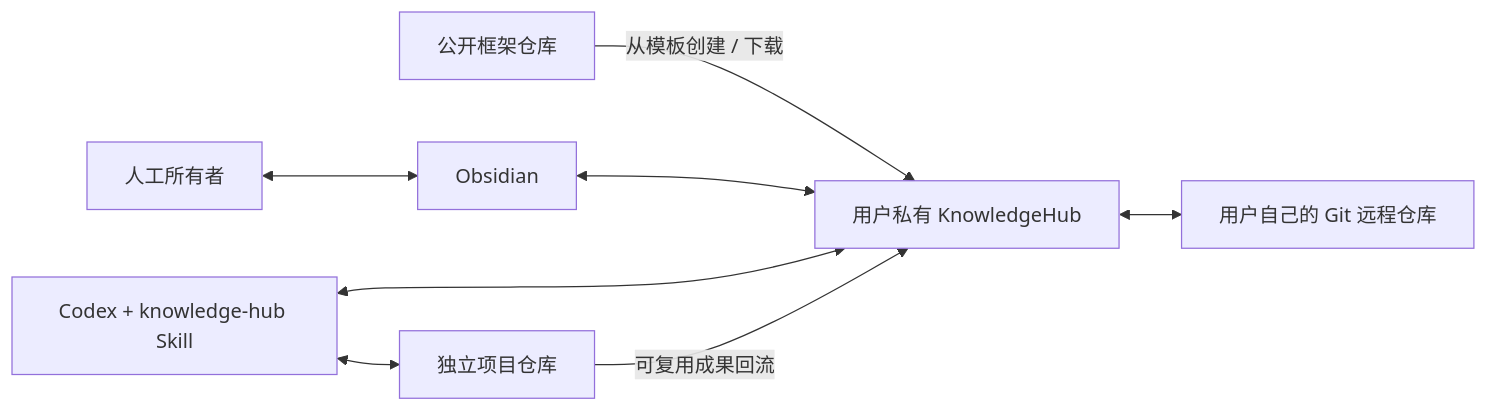
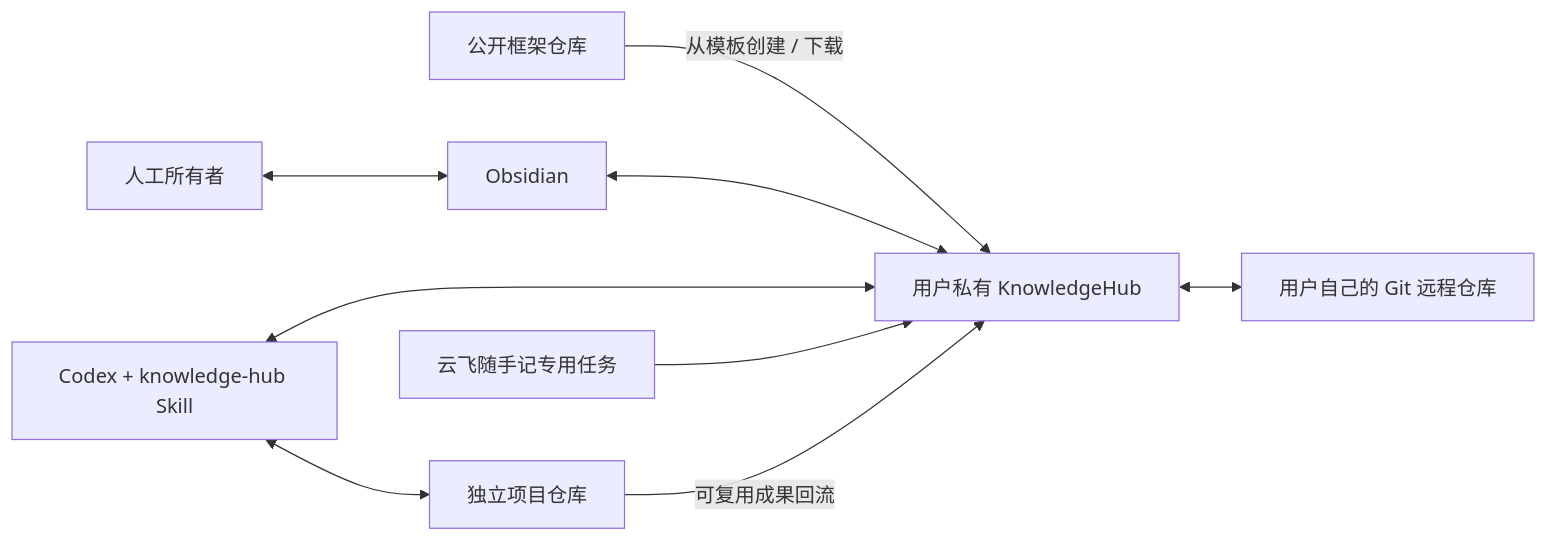
One commit to MaybeToSure/KnowledgeHub-Framework changed the diagram in README.md. Above: the diagram before and after it, drawn with Mermaid. The commit also changed other lines of this file and 19 other files, not shown here.

````diff
--- a/README.md
+++ b/README.md
@@ -7,10 +7,11 @@
 ```mermaid
 flowchart LR
     F["公开框架仓库"] -->|"从模板创建 / 下载"| K["用户私有 KnowledgeHub"]
     H["人工所有者"] <--> O["Obsidian"]
     O <--> K
     C["Codex + knowledge-hub Skill"] <--> K
+    Q["云飞随手记专用任务"] --> K
     K <--> G["用户自己的 Git 远程仓库"]
     C <--> P["独立项目仓库"]
     P -->|"可复用成果回流"| K
 ```
````
